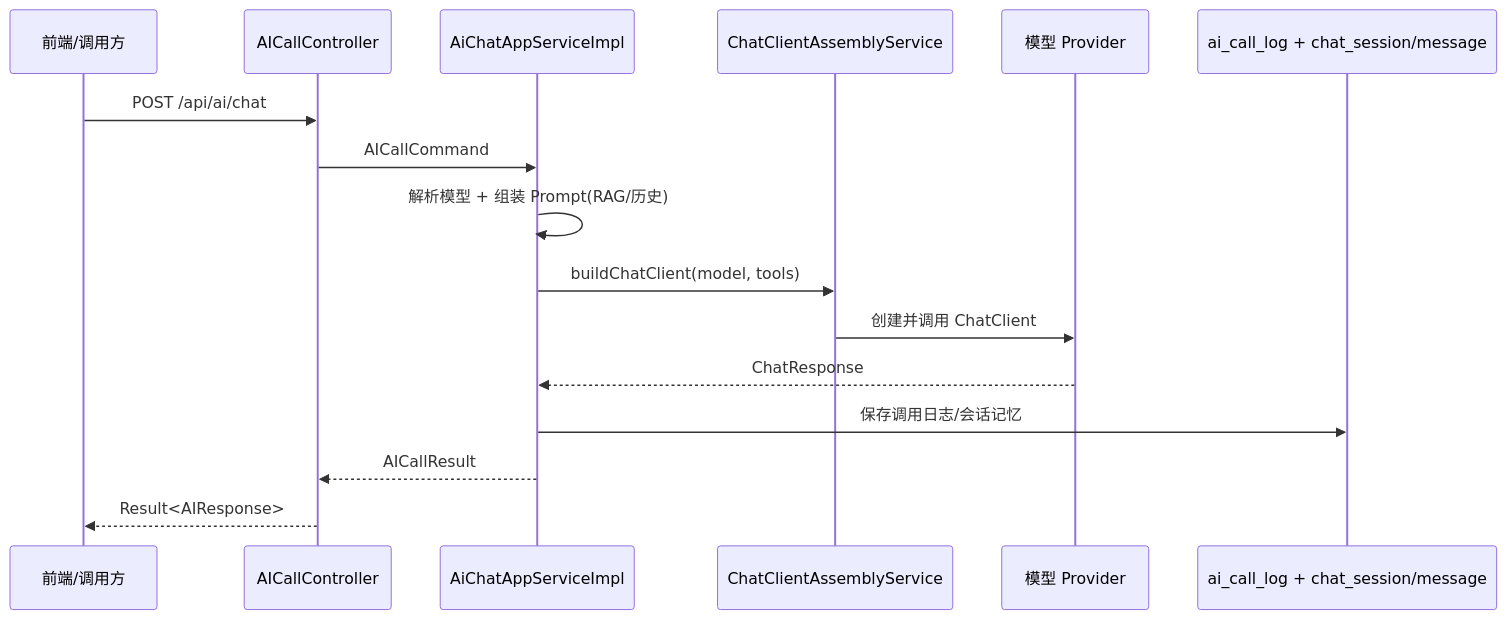
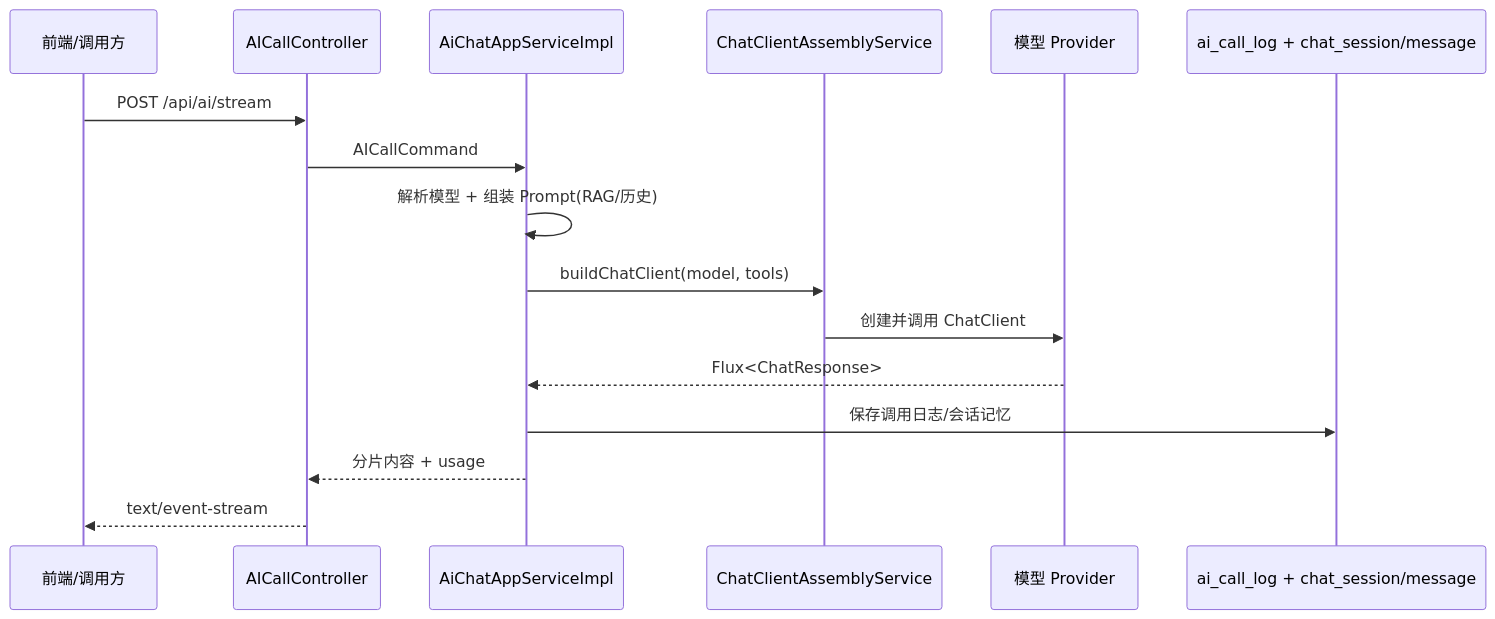
Before and after one commit to small-xiexu/ai-mcp-knowledge-study: the third of 12 diagrams in .codex/项目从0到1掌握与企业落地手册（支付卡券后端视角）.md, drawn with Mermaid. The commit also changed other lines of this file and 8 other files, not shown here.

Commit message:
refactor(ai): remove deprecated /api/ai/chat endpoint

````diff
--- a/.codex/项目从0到1掌握与企业落地手册（支付卡券后端视角）.md
+++ b/.codex/项目从0到1掌握与企业落地手册（支付卡券后端视角）.md
@@ -171,19 +171,19 @@
 ```mermaid
 sequenceDiagram
     participant UI as 前端/调用方
     participant C as AICallController
     participant S as AiChatAppServiceImpl
     participant A as ChatClientAssemblyService
     participant M as 模型 Provider
     participant DB as ai_call_log + chat_session/message
 
-    UI->>C: POST /api/ai/chat
+    UI->>C: POST /api/ai/stream
     C->>S: AICallCommand
     S->>S: 解析模型 + 组装 Prompt(RAG/历史)
     S->>A: buildChatClient(model, tools)
     A->>M: 创建并调用 ChatClient
-    M-->>S: ChatResponse
+    M-->>S: Flux<ChatResponse>
     S->>DB: 保存调用日志/会话记忆
-    S-->>C: AICallResult
-    C-->>UI: Result<AIResponse>
+    S-->>C: 分片内容 + usage
+    C-->>UI: text/event-stream
 ```
````
